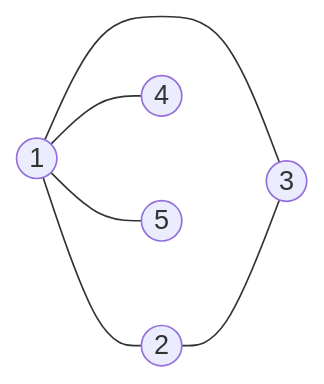
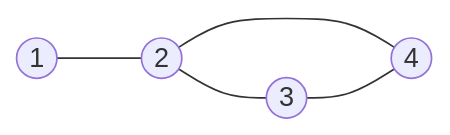
One commit to raresChelariu/AlgPlayground changed the third of 4 diagrams in docs/cpp/algoritmi/clasa-a-11a/grafuri/introducere.md. Above: the diagram before and after it, drawn with Mermaid. The commit also changed other lines of this file, not shown here.

````diff
--- a/docs/cpp/algoritmi/clasa-a-11a/grafuri/introducere.md
+++ b/docs/cpp/algoritmi/clasa-a-11a/grafuri/introducere.md
@@ -387,8 +129,7 @@
 ```mermaid
 flowchart LR
     n1((1)) --- n2((2))
-    n1 --- n3((3))
-    n1 --- n4((4))
-    n1 --- n5((5))
-    n2 --- n3
+    n2 --- n3((3))
+    n2 --- n4((4))
+    n3 --- n4
 ```
````
